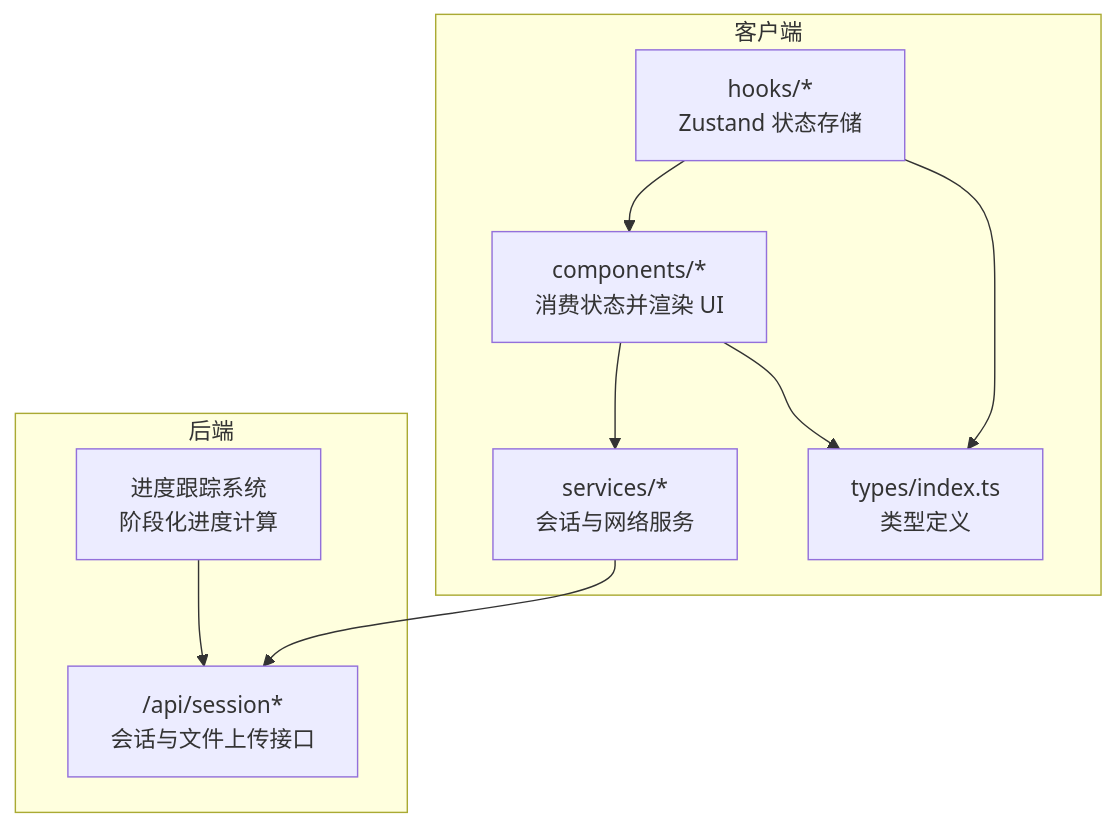
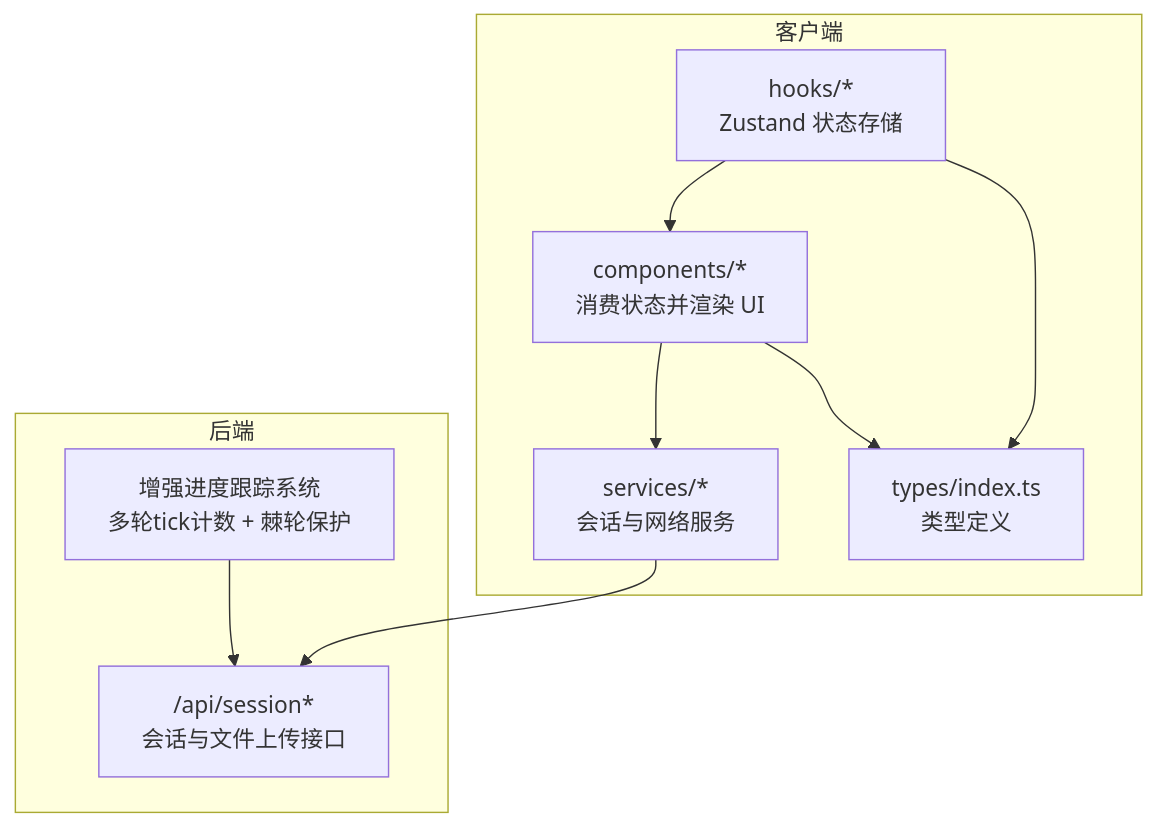
Before and after one commit to billye220670/CorineKit_Pix2Real: the first of 6 diagrams in .qoder/repowiki/zh/content/项目概述/技术架构概览/前端架构设计/状态管理系统.md, drawn with Mermaid. The commit also changed other lines of this file and 73 other files, not shown here.

````diff
--- a/.qoder/repowiki/zh/content/项目概述/技术架构概览/前端架构设计/状态管理系统.md
+++ b/.qoder/repowiki/zh/content/项目概述/技术架构概览/前端架构设计/状态管理系统.md
@@ -59,19 +59,19 @@
 ```mermaid
 graph TB
 subgraph "客户端"
 Hooks["hooks/*<br/>Zustand 状态存储"]
 Components["components/*<br/>消费状态并渲染 UI"]
 Services["services/*<br/>会话与网络服务"]
 Types["types/index.ts<br/>类型定义"]
 end
 subgraph "后端"
 API["/api/session*<br/>会话与文件上传接口"]
-Progress["进度跟踪系统<br/>阶段化进度计算"]
+EnhancedProgress["增强进度跟踪系统<br/>多轮tick计数 + 棘轮保护"]
 end
 Hooks --> Components
 Components --> Services
 Services --> API
 Hooks --> Types
 Components --> Types
-Progress --> API
+EnhancedProgress --> API
 ```
````
